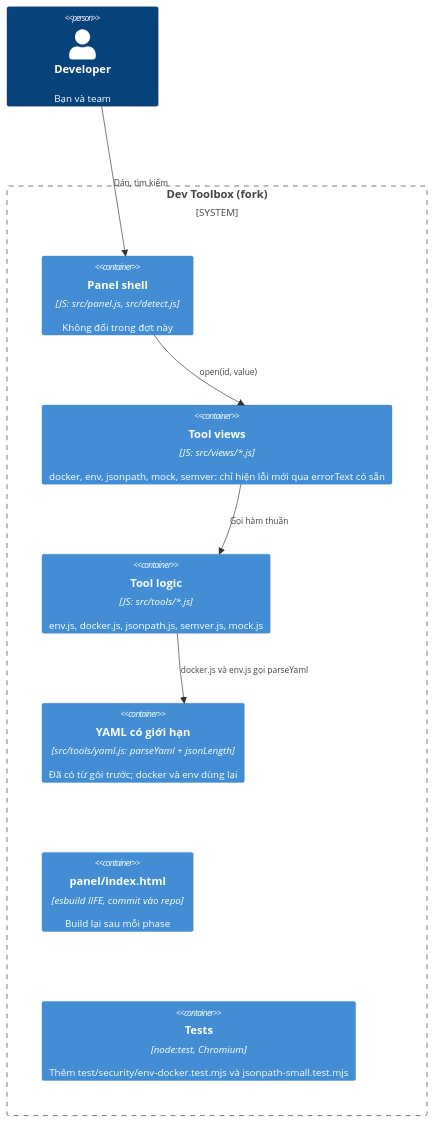
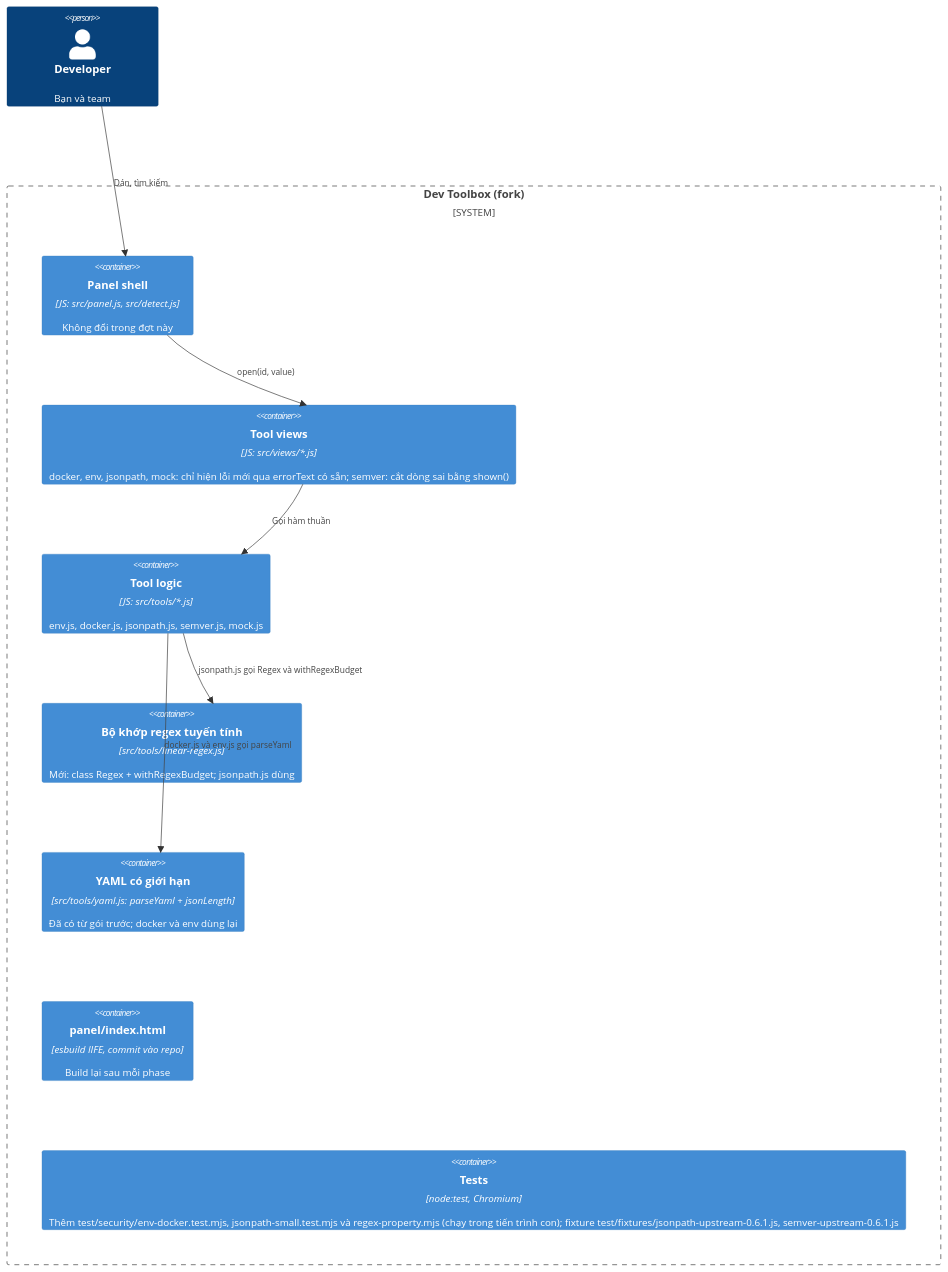
Before and after one commit to loind/orca-dev-toolbox: the diagram in docs/design/upstream-0.6.1-hardening/design.md, drawn with Mermaid. The commit also changed other lines of this file and 15 other files, not shown here.

````diff
--- a/docs/design/upstream-0.6.1-hardening/design.md
+++ b/docs/design/upstream-0.6.1-hardening/design.md
@@ -5,16 +5,18 @@
 ```mermaid
 C4Container
   Person(dev, "Developer", "Bạn và team")
   System_Boundary(toolbox, "Dev Toolbox (fork)") {
     Container(shell, "Panel shell", "JS: src/panel.js, src/detect.js", "Không đổi trong đợt này")
-    Container(views, "Tool views", "JS: src/views/*.js", "docker, env, jsonpath, mock, semver: chỉ hiện lỗi mới qua errorText có sẵn")
+    Container(views, "Tool views", "JS: src/views/*.js", "docker, env, jsonpath, mock: chỉ hiện lỗi mới qua errorText có sẵn; semver: cắt dòng sai bằng shown()")
     Container(logic, "Tool logic", "JS: src/tools/*.js", "env.js, docker.js, jsonpath.js, semver.js, mock.js")
+    Container(linear, "Bộ khớp regex tuyến tính", "src/tools/linear-regex.js", "Mới: class Regex + withRegexBudget; jsonpath.js dùng")
     Container(yaml, "YAML có giới hạn", "src/tools/yaml.js: parseYaml + jsonLength", "Đã có từ gói trước; docker và env dùng lại")
     Container(bundle, "panel/index.html", "esbuild IIFE, commit vào repo", "Build lại sau mỗi phase")
-    Container(tests, "Tests", "node:test, Chromium", "Thêm test/security/env-docker.test.mjs và jsonpath-small.test.mjs")
+    Container(tests, "Tests", "node:test, Chromium", "Thêm test/security/env-docker.test.mjs, jsonpath-small.test.mjs và regex-property.mjs (chạy trong tiến trình con); fixture test/fixtures/jsonpath-upstream-0.6.1.js, semver-upstream-0.6.1.js")
   }
   Rel(dev, shell, "Dán, tìm kiếm")
   Rel(shell, views, "open(id, value)")
   Rel(views, logic, "Gọi hàm thuần")
   Rel(logic, yaml, "docker.js và env.js gọi parseYaml")
+  Rel(logic, linear, "jsonpath.js gọi Regex và withRegexBudget")
 ```
````
